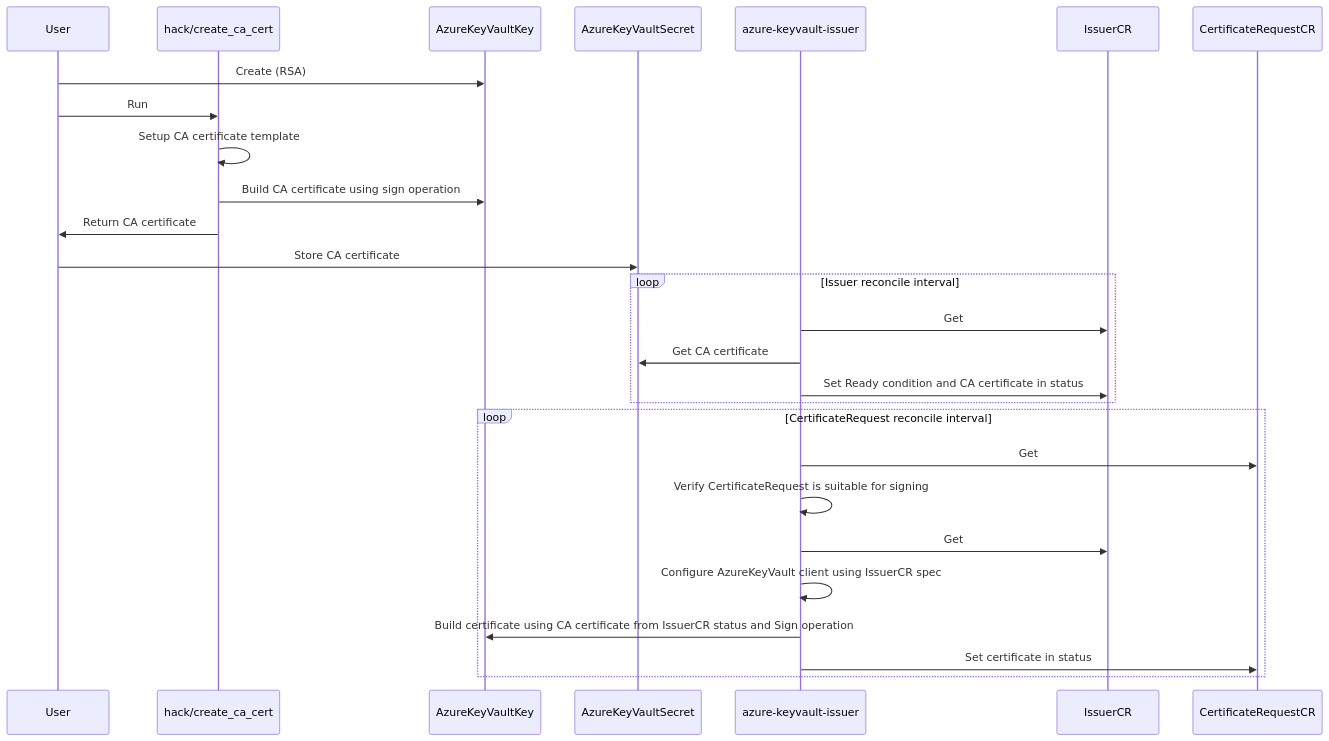
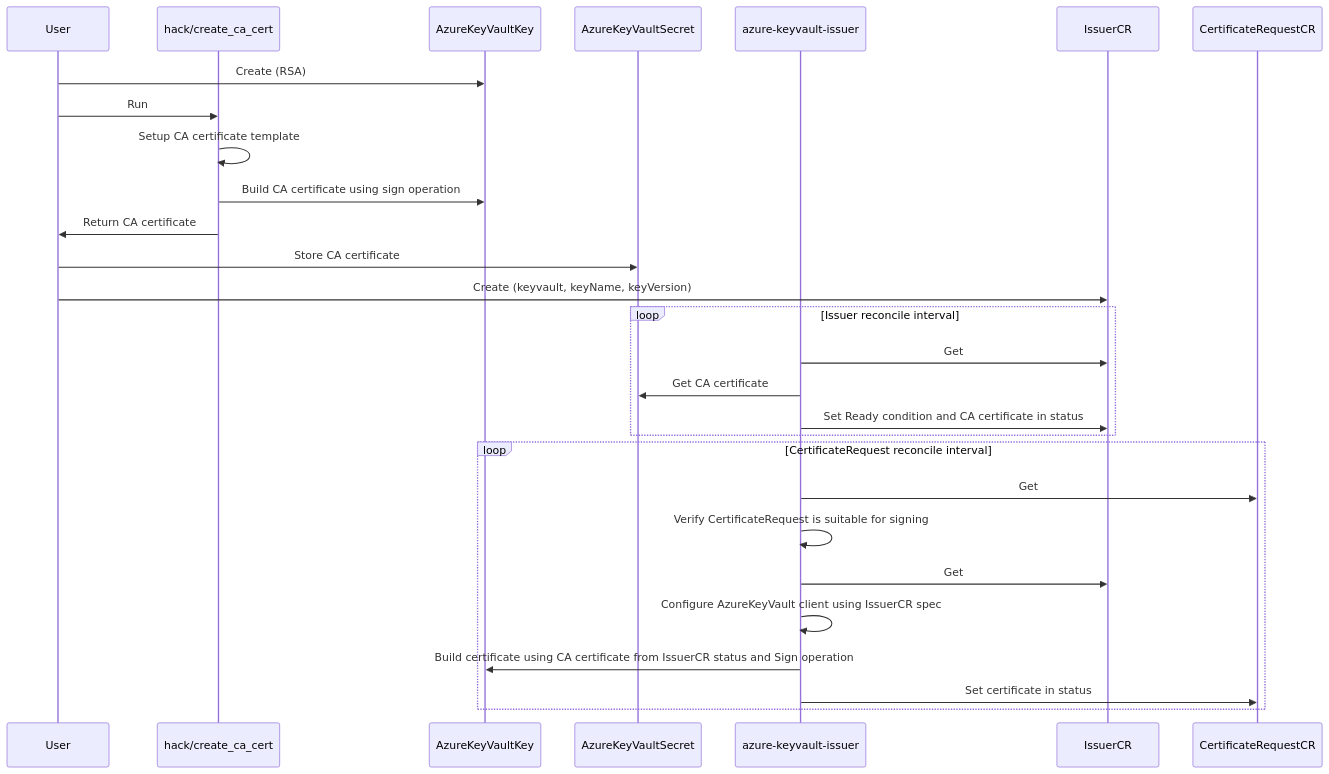
Before and after one commit to gonicus/azure-keyvault-issuer: the diagram in README.md, drawn with Mermaid. The commit also changed other lines of this file, not shown here.

Commit message:
Add tradeoff section and one more sequence step

````diff
--- a/README.md
+++ b/README.md
@@ -51,31 +51,32 @@
 ```mermaid
 sequenceDiagram
 participant User
 participant hack/create_ca_cert
 participant AzureKeyVaultKey
 participant AzureKeyVaultSecret
 participant azure-keyvault-issuer
 participant IssuerCR
 participant CertificateRequestCR
 User->>AzureKeyVaultKey: Create (RSA)
 User->>hack/create_ca_cert: Run
 hack/create_ca_cert->>hack/create_ca_cert: Setup CA certificate template
 hack/create_ca_cert->>AzureKeyVaultKey: Build CA certificate using sign operation
 hack/create_ca_cert->>User: Return CA certificate
 User->>AzureKeyVaultSecret: Store CA certificate
+User->>IssuerCR: Create (keyvault, keyName, keyVersion)
 loop Issuer reconcile interval
     azure-keyvault-issuer->>IssuerCR: Get
     azure-keyvault-issuer->>AzureKeyVaultSecret: Get CA certificate
     azure-keyvault-issuer->>IssuerCR: Set Ready condition and CA certificate in status
 end
 loop CertificateRequest reconcile interval
     azure-keyvault-issuer->>CertificateRequestCR: Get
     azure-keyvault-issuer->>azure-keyvault-issuer: Verify CertificateRequest is suitable for signing
     azure-keyvault-issuer->>IssuerCR: Get
     azure-keyvault-issuer->>azure-keyvault-issuer: Configure AzureKeyVault client using IssuerCR spec
     azure-keyvault-issuer->>AzureKeyVaultKey: Build certificate using CA certificate from IssuerCR status and Sign operation
     azure-keyvault-issuer->>CertificateRequestCR: Set certificate in status
 end
 
 
 ```
````
